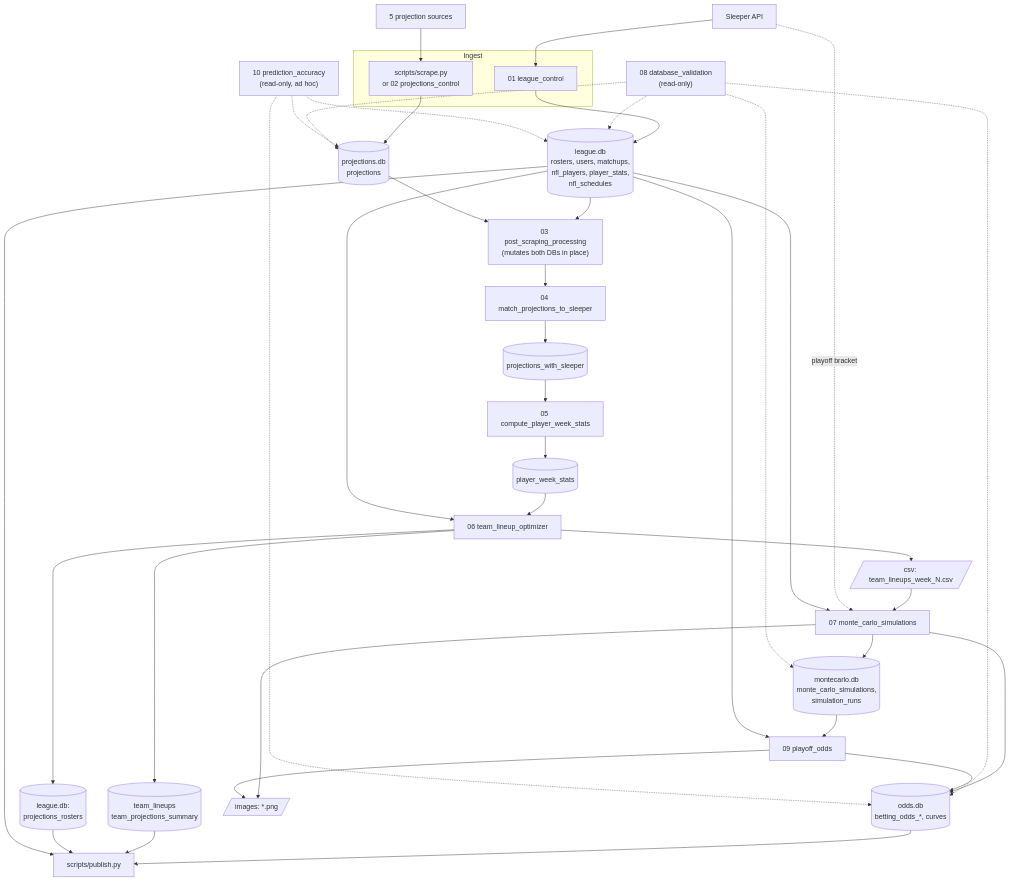
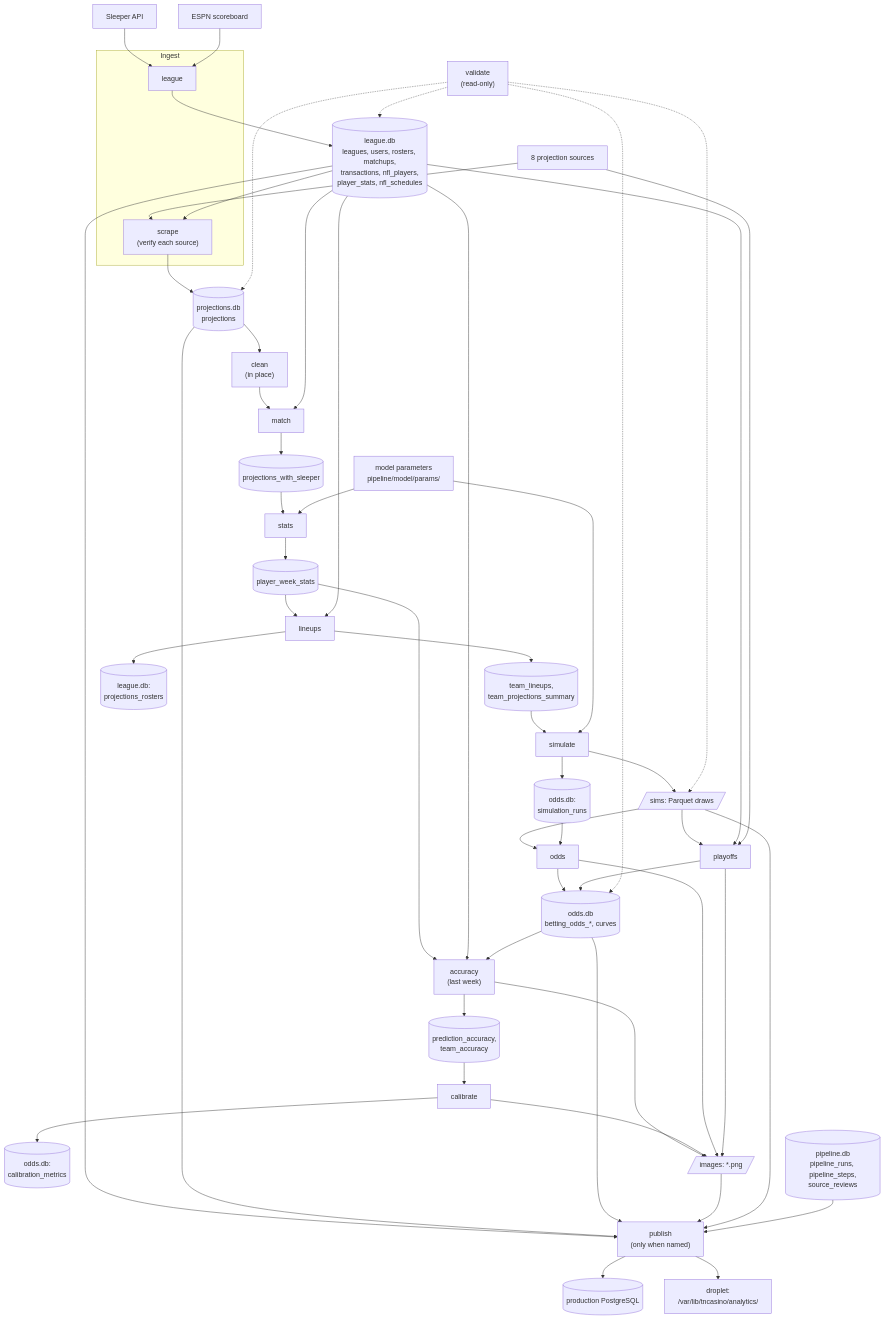
Before and after one commit to sfaizi24/TNCasino: the diagram in docs/architecture/02-data-pipeline.md, drawn with Mermaid. The commit also changed other lines of this file and 4 other files, not shown here.

````diff
--- a/docs/architecture/02-data-pipeline.md
+++ b/docs/architecture/02-data-pipeline.md
@@ -7,42 +7,47 @@
 ```mermaid
 flowchart TD
-    SAPI[Sleeper API] --> N01
-    SRC[5 projection sources] --> SCR
+    SAPI[Sleeper API] --> LEAGUE
+    ESPNS[ESPN scoreboard] --> LEAGUE
+    SRC[8 projection sources] --> SCRAPE
 
     subgraph Ingest
-        N01["01 league_control"]
-        SCR["scripts/scrape.py<br/>or 02 projections_control"]
+        LEAGUE["league"]
+        SCRAPE["scrape<br/>(verify each source)"]
     end
 
-    N01 --> LDB[(league.db<br/>rosters, users, matchups,<br/>nfl_players, player_stats,<br/>nfl_schedules)]
-    SCR --> PRJ[(projections.db<br/>projections)]
+    LEAGUE --> LDB[(league.db<br/>leagues, users, rosters, matchups,<br/>transactions, nfl_players,<br/>player_stats, nfl_schedules)]
+    SCRAPE --> PRJ[(projections.db<br/>projections)]
+    LDB --> SCRAPE
 
-    LDB --> N03
-    PRJ --> N03["03 post_scraping_processing<br/>(mutates both DBs in place)"]
-    N03 --> N04["04 match_projections_to_sleeper"]
-    N04 --> PWS[(projections_with_sleeper)]
-    PWS --> N05["05 compute_player_week_stats"]
-    N05 --> PWST[(player_week_stats)]
-    PWST --> N06["06 team_lineup_optimizer"]
-    LDB --> N06
-    N06 --> TL[(team_lineups<br/>team_projections_summary)]
-    N06 --> PR[(league.db:<br/>projections_rosters)]
-    N06 --> CSV[/csv: team_lineups_week_N.csv/]
+    PRJ --> CLEAN["clean<br/>(in place)"] --> MATCH["match"]
+    LDB --> MATCH
+    MATCH --> PWS[(projections_with_sleeper)]
+    PWS --> STATS["stats"]
+    PARAMS["model parameters<br/>pipeline/model/params/"] --> STATS
+    STATS --> PWST[(player_week_stats)]
 
-    CSV --> N07["07 monte_carlo_simulations"]
-    SAPI -. playoff bracket .-> N07
-    LDB --> N07
-    N07 --> MC[(montecarlo.db<br/>monte_carlo_simulations,<br/>simulation_runs)]
-    N07 --> ODDS[(odds.db<br/>betting_odds_*, curves)]
-    N07 --> IMG[/images: *.png/]
+    PWST & LDB & ODDS --> ACC["accuracy<br/>(last week)"] --> ACCT[(prediction_accuracy,<br/>team_accuracy)]
+    ACCT --> CAL["calibrate"] --> CALT[(odds.db:<br/>calibration_metrics)]
 
-    MC --> N09["09 playoff_odds"]
-    LDB --> N09
-    N09 --> ODDS
-    N09 --> IMG
+    PWST & LDB --> LINE["lineups"]
+    LINE --> TL[(team_lineups,<br/>team_projections_summary)]
+    LINE --> PR[(league.db:<br/>projections_rosters)]
 
-    N08["08 database_validation<br/>(read-only)"] -.-> LDB & PRJ & MC & ODDS
-    N10["10 prediction_accuracy<br/>(read-only, ad hoc)"] -.-> PRJ & LDB & ODDS
+    TL --> SIM["simulate"]
+    PARAMS --> SIM
+    SIM --> SIMS[/sims: Parquet draws/]
+    SIM --> RUNS[(odds.db:<br/>simulation_runs)]
 
-    ODDS & TL & PR & LDB --> PUB[scripts/publish.py]
+    SIMS & RUNS --> ODDSSTEP["odds"] --> ODDS[(odds.db<br/>betting_odds_*, curves)]
+    SIMS & LDB & SRC --> PLAY["playoffs"] --> ODDS
+
+    VAL["validate<br/>(read-only)"] -.-> LDB & PRJ & ODDS & SIMS
+
+    ACC & CAL & ODDSSTEP & PLAY --> IMG[/images: *.png/]
+
+    LDB & PRJ & ODDS & IMG & SIMS --> PUB["publish<br/>(only when named)"]
+    PUB --> PG[(production PostgreSQL)]
+    PUB --> DROP["droplet:<br/>/var/lib/tncasino/analytics/"]
+
+    RUN[(pipeline.db<br/>pipeline_runs, pipeline_steps,<br/>source_reviews)] --> PUB
 ```
````
